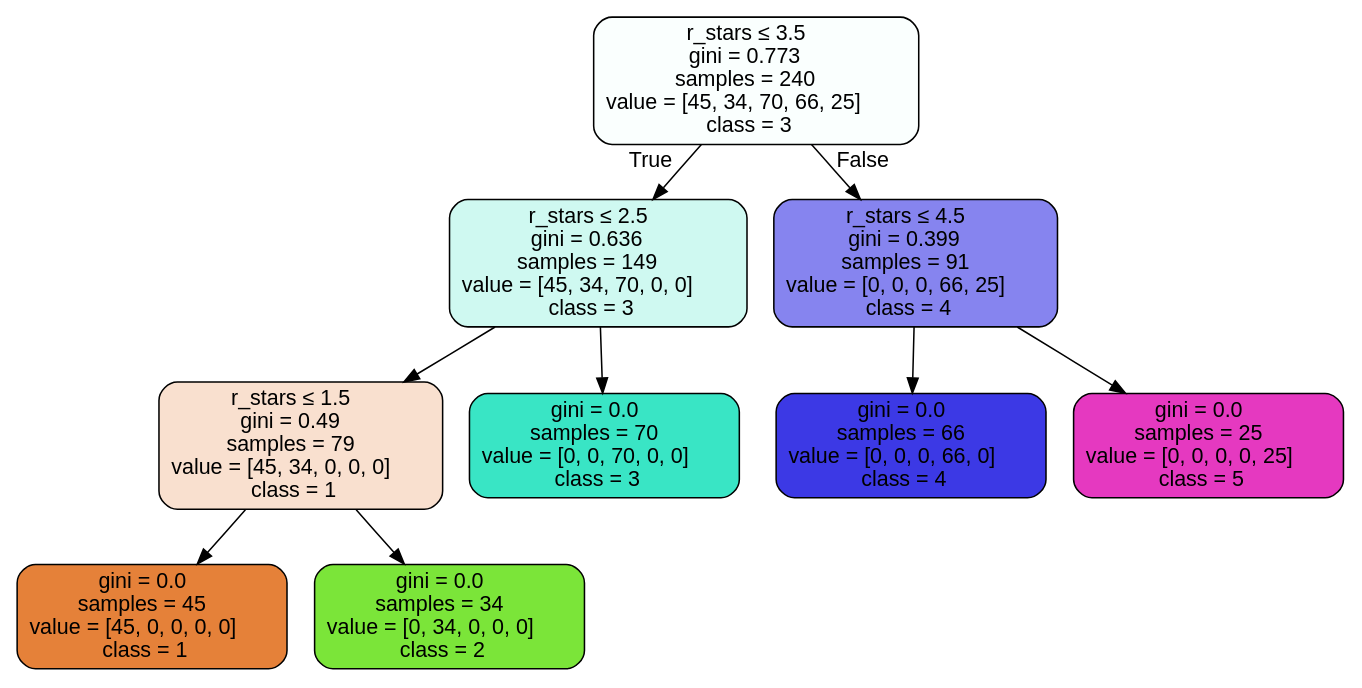
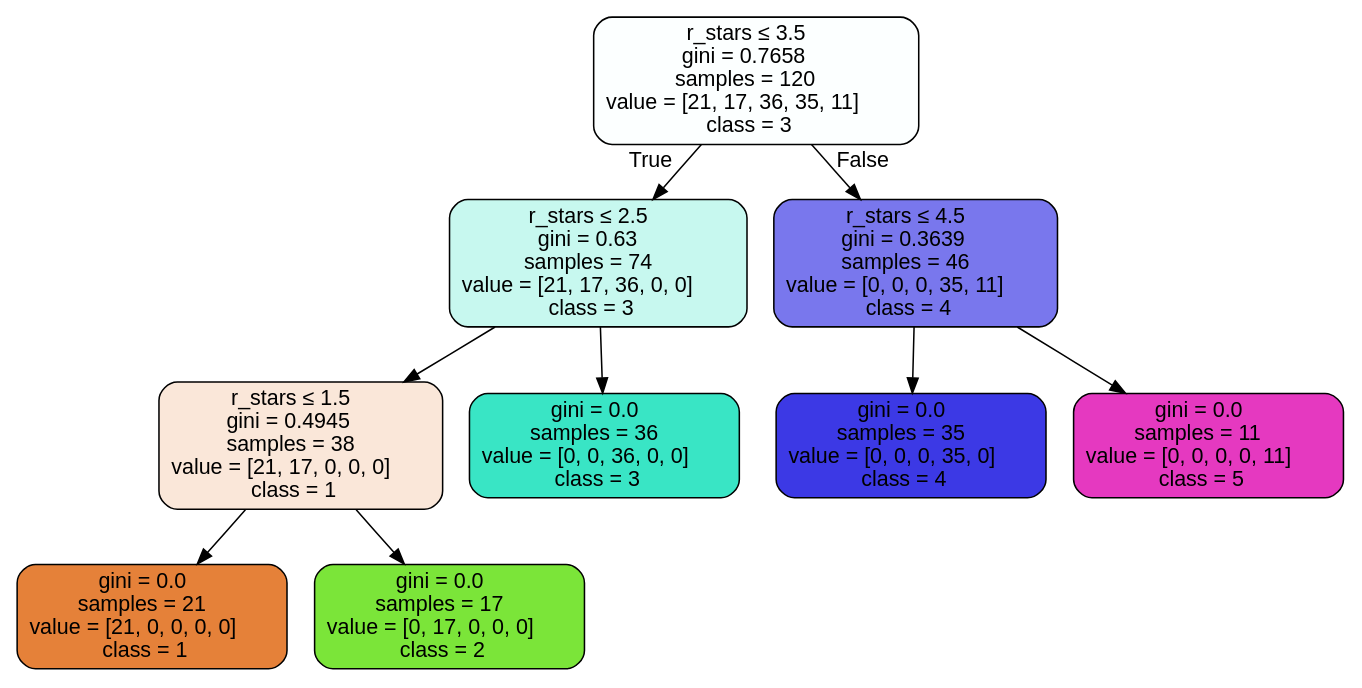
The diagram in classification/test.dot (bcso/bkf356), drawn with Graphviz before and after one commit. The commit also changed 2 other files, not shown here.

```diff
--- a/classification/test.dot
+++ b/classification/test.dot
@@ -1,21 +1,21 @@
 digraph Tree {
 node [shape=box, style="filled, rounded", color="black", fontname=helvetica] ;
 edge [fontname=helvetica] ;
-0 [label=<r_stars &le; 3.5<br/>gini = 0.773<br/>samples = 240<br/>value = [45, 34, 70, 66, 25]<br/>class = 3>, fillcolor="#39e5c506"] ;
-1 [label=<r_stars &le; 2.5<br/>gini = 0.636<br/>samples = 149<br/>value = [45, 34, 70, 0, 0]<br/>class = 3>, fillcolor="#39e5c53d"] ;
+0 [label=<r_stars &le; 3.5<br/>gini = 0.7658<br/>samples = 120<br/>value = [21, 17, 36, 35, 11]<br/>class = 3>, fillcolor="#39e5c503"] ;
+1 [label=<r_stars &le; 2.5<br/>gini = 0.63<br/>samples = 74<br/>value = [21, 17, 36, 0, 0]<br/>class = 3>, fillcolor="#39e5c548"] ;
 0 -> 1 [labeldistance=2.5, labelangle=45, headlabel="True"] ;
-2 [label=<r_stars &le; 1.5<br/>gini = 0.49<br/>samples = 79<br/>value = [45, 34, 0, 0, 0]<br/>class = 1>, fillcolor="#e581393e"] ;
+2 [label=<r_stars &le; 1.5<br/>gini = 0.4945<br/>samples = 38<br/>value = [21, 17, 0, 0, 0]<br/>class = 1>, fillcolor="#e5813931"] ;
 1 -> 2 ;
-3 [label=<gini = 0.0<br/>samples = 45<br/>value = [45, 0, 0, 0, 0]<br/>class = 1>, fillcolor="#e58139ff"] ;
+3 [label=<gini = 0.0<br/>samples = 21<br/>value = [21, 0, 0, 0, 0]<br/>class = 1>, fillcolor="#e58139ff"] ;
 2 -> 3 ;
-4 [label=<gini = 0.0<br/>samples = 34<br/>value = [0, 34, 0, 0, 0]<br/>class = 2>, fillcolor="#7be539ff"] ;
+4 [label=<gini = 0.0<br/>samples = 17<br/>value = [0, 17, 0, 0, 0]<br/>class = 2>, fillcolor="#7be539ff"] ;
 2 -> 4 ;
-5 [label=<gini = 0.0<br/>samples = 70<br/>value = [0, 0, 70, 0, 0]<br/>class = 3>, fillcolor="#39e5c5ff"] ;
+5 [label=<gini = 0.0<br/>samples = 36<br/>value = [0, 0, 36, 0, 0]<br/>class = 3>, fillcolor="#39e5c5ff"] ;
 1 -> 5 ;
-6 [label=<r_stars &le; 4.5<br/>gini = 0.399<br/>samples = 91<br/>value = [0, 0, 0, 66, 25]<br/>class = 4>, fillcolor="#3c39e59e"] ;
+6 [label=<r_stars &le; 4.5<br/>gini = 0.3639<br/>samples = 46<br/>value = [0, 0, 0, 35, 11]<br/>class = 4>, fillcolor="#3c39e5af"] ;
 0 -> 6 [labeldistance=2.5, labelangle=-45, headlabel="False"] ;
-7 [label=<gini = 0.0<br/>samples = 66<br/>value = [0, 0, 0, 66, 0]<br/>class = 4>, fillcolor="#3c39e5ff"] ;
+7 [label=<gini = 0.0<br/>samples = 35<br/>value = [0, 0, 0, 35, 0]<br/>class = 4>, fillcolor="#3c39e5ff"] ;
 6 -> 7 ;
-8 [label=<gini = 0.0<br/>samples = 25<br/>value = [0, 0, 0, 0, 25]<br/>class = 5>, fillcolor="#e539c0ff"] ;
+8 [label=<gini = 0.0<br/>samples = 11<br/>value = [0, 0, 0, 0, 11]<br/>class = 5>, fillcolor="#e539c0ff"] ;
 6 -> 8 ;
 }
```
